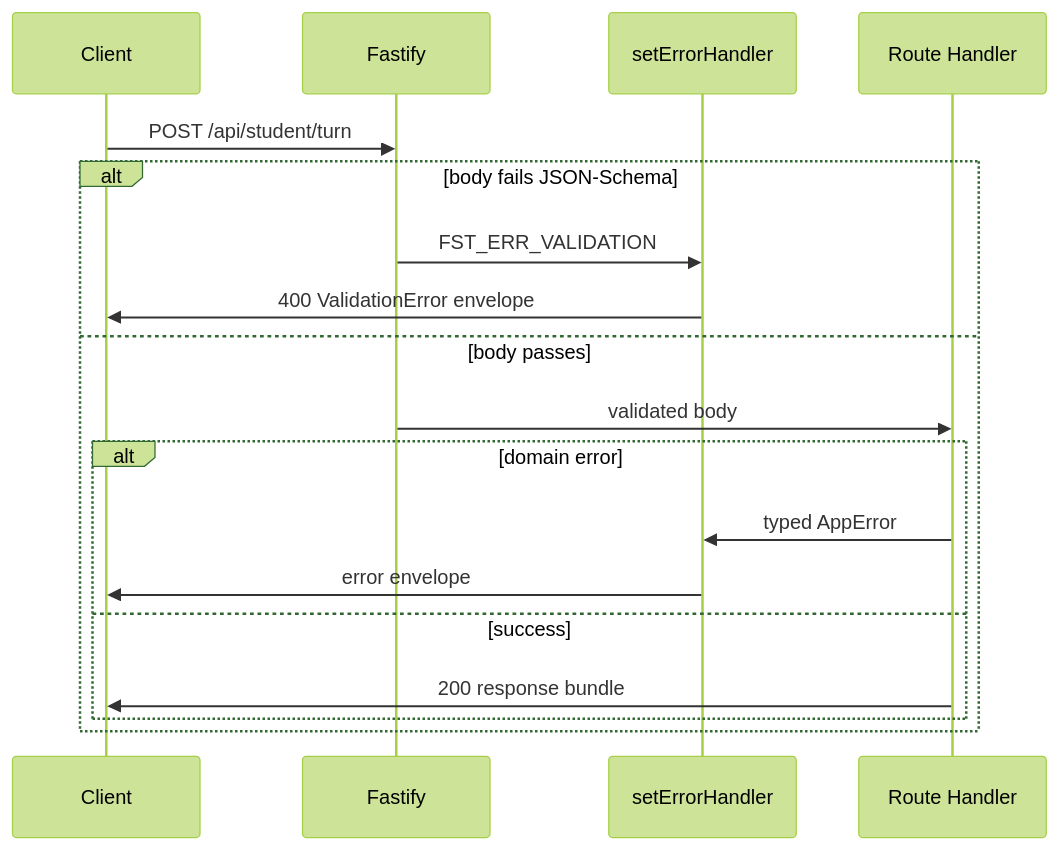
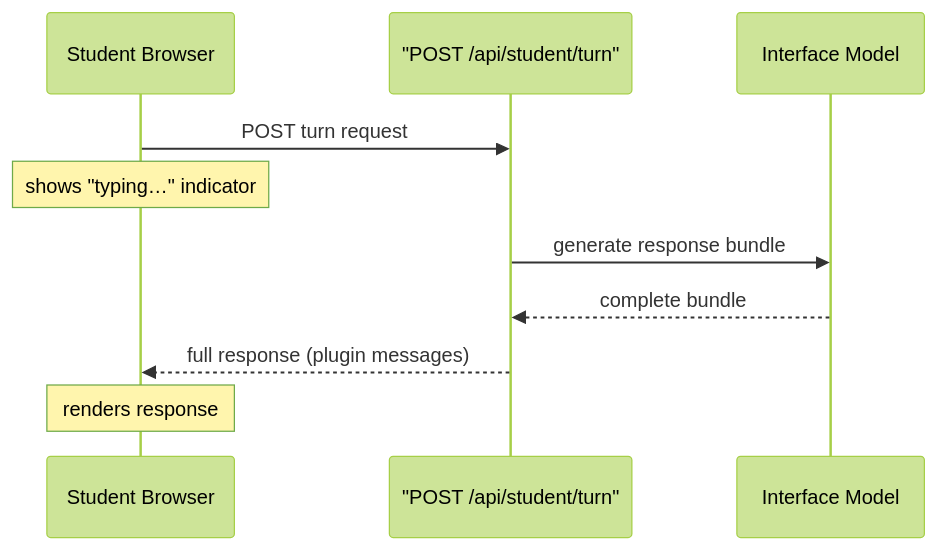
One commit to stemolly/wiki changed the first of 2 diagrams in src/content/docs/architecture/api.md. Above: the diagram before and after it, drawn with Mermaid (forest theme). The commit also changed other lines of this file and 51 other files, not shown here.

````diff
--- a/src/content/docs/architecture/api.md
+++ b/src/content/docs/architecture/api.md
@@ -59,21 +32,13 @@
 ```mermaid
 sequenceDiagram
-    participant C as Client
-    participant F as Fastify
-    participant H as setErrorHandler
-    participant R as Route Handler
+    participant Student as Student Browser
+    participant API as "POST /api/student/turn"
+    participant Interface as Interface Model
 
-    C->>F: POST /api/student/turn
-    alt body fails JSON-Schema
-        F->>H: FST_ERR_VALIDATION
-        H->>C: 400 ValidationError envelope
-    else body passes
-        F->>R: validated body
-        alt domain error
-            R->>H: typed AppError
-            H->>C: error envelope
-        else success
-            R->>C: 200 response bundle
-        end
-    end
+    Student->>API: POST turn request
+    Note over Student: shows "typing…" indicator
+    API->>Interface: generate response bundle
+    Interface-->>API: complete bundle
+    API-->>Student: full response (plugin messages)
+    Note over Student: renders response
 ```
````
